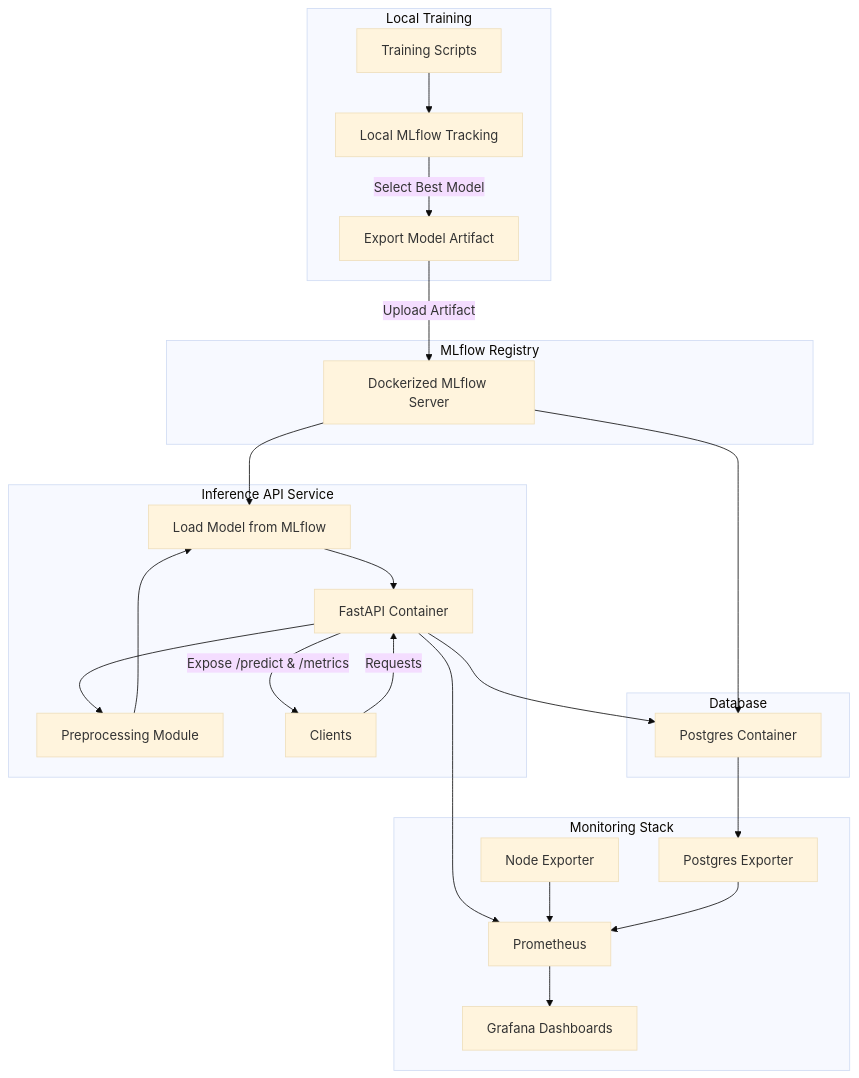
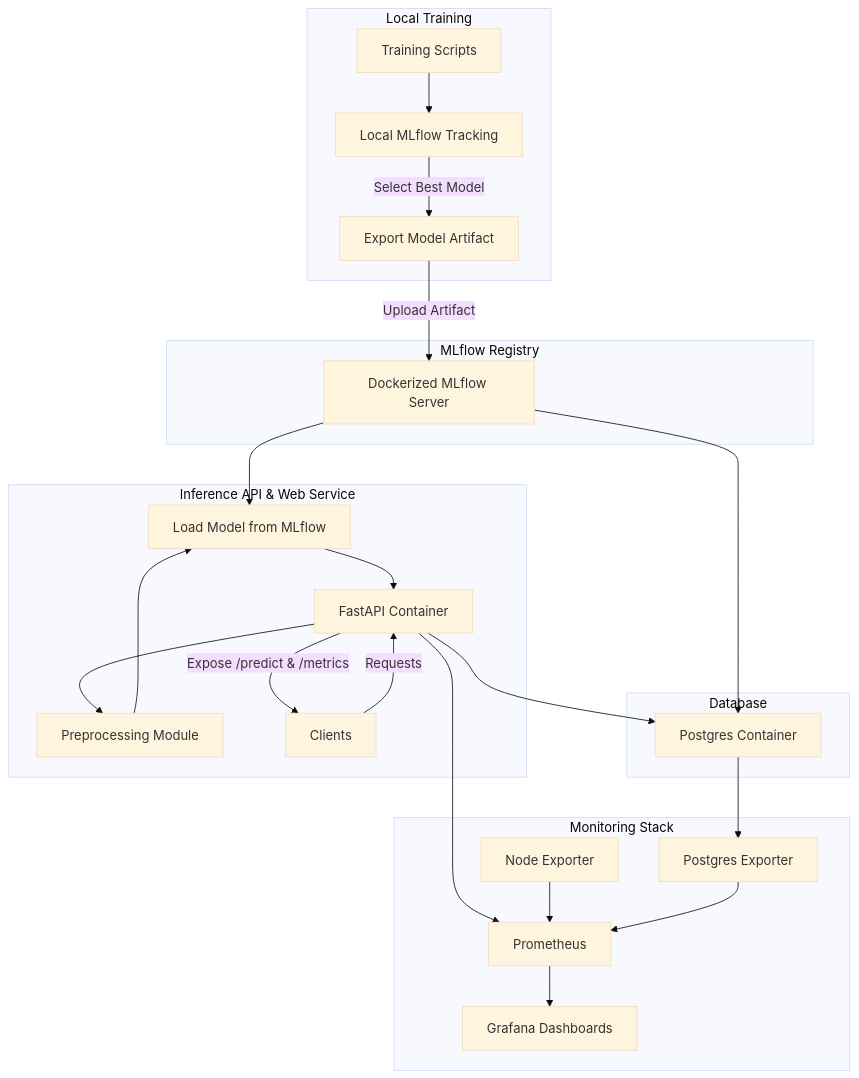
Before and after one commit to abdelazizwf/OpinionLens: the diagram in README.md, drawn with Mermaid (base theme). The commit also changed other lines of this file and 22 other files, not shown here.

````diff
--- a/README.md
+++ b/README.md
@@ -16,45 +16,45 @@
 ```mermaid
 flowchart TD
     subgraph Local_Training[Local Training]
         A1[Training Scripts] --> A2[Local MLflow Tracking]
         A2 -->|Select Best Model| A3[Export Model Artifact]
     end
 
     subgraph MLflow[MLflow Registry]
         B1[Dockerized MLflow Server]
     end
 
     A3 -->|Upload Artifact| B1
 
-    subgraph Inference[Inference API Service]
+    subgraph Inference[Inference API & Web Service]
         C1[FastAPI Container]
         C2[Preprocessing Module]
         C3[Load Model from MLflow]
         C1 --> C2
         C2 --> C3
         C3 --> C1
         C1 -->|Expose /predict & /metrics| D1[Clients]
         B1 --> C3
     end
 
     D1 -->|Requests| C1
 
     subgraph Monitoring[Monitoring Stack]
         E1[Prometheus]
         E2[Grafana Dashboards]
         E3[Node Exporter]
         E4[Postgres Exporter]
         C1 --> E1
         E3 --> E1
         E4 --> E1
         E1 --> E2
     end
 
     subgraph DB[Database]
         F1[Postgres Container]
         C1 --> F1
         B1 --> F1
         F1 --> E4
     end
 
 ```
````
